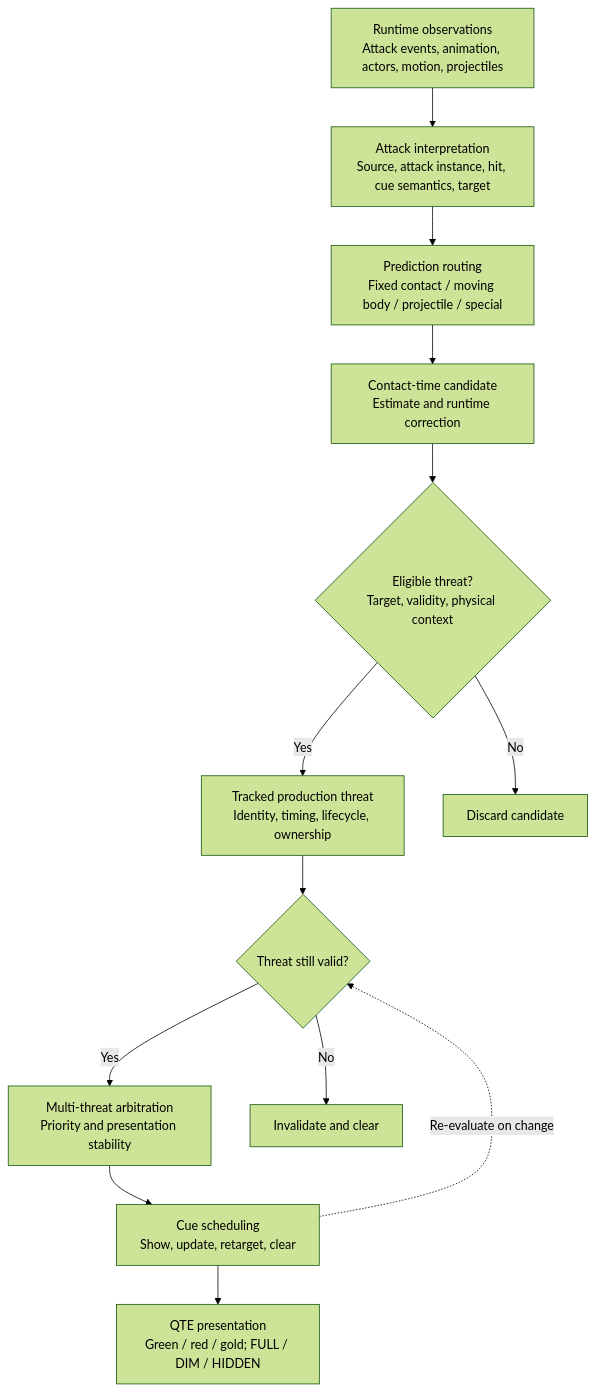
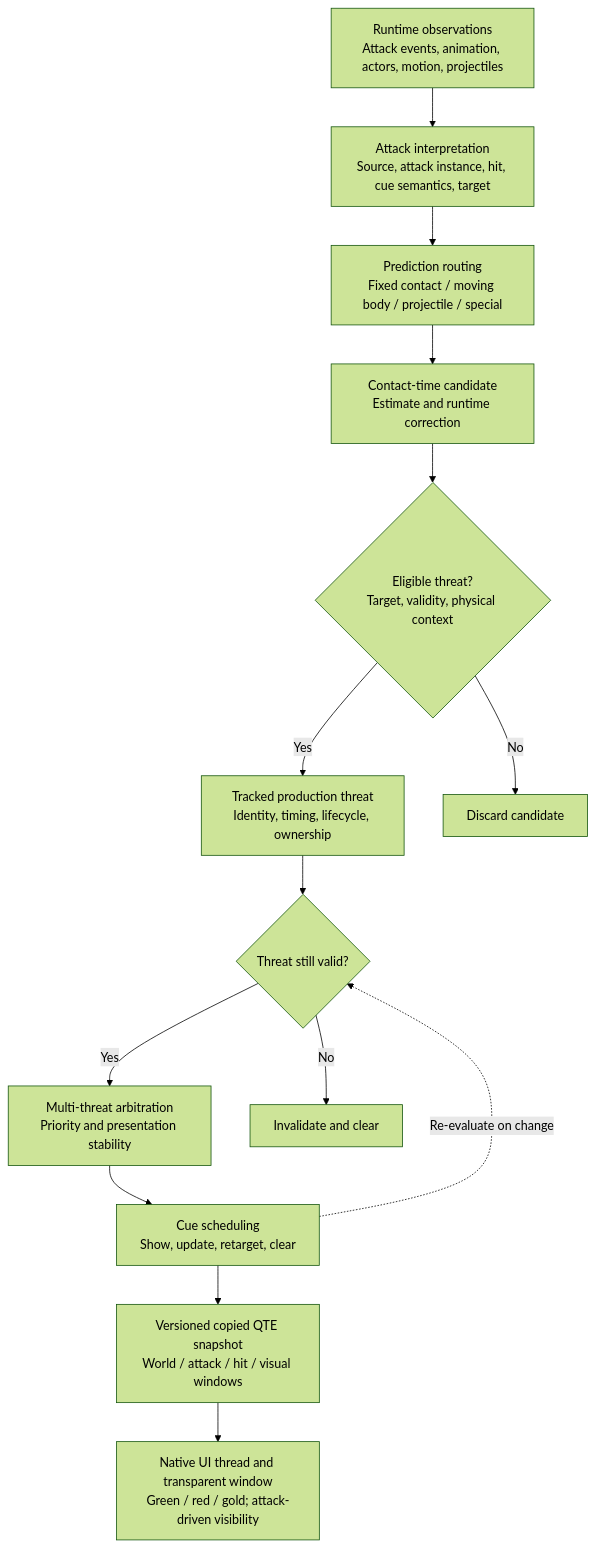
Before and after one commit to Dio23366/PerfectBlockTrainer-Releases: the first of 6 diagrams in docs/TECHNICAL_DESIGN.md, drawn with Mermaid (forest theme). The commit also changed other lines of this file and 4 other files, not shown here.

First line of the commit message:
docs: present V7.0.8 native QTE architecture and refresh demo metrics

````diff
--- a/docs/TECHNICAL_DESIGN.md
+++ b/docs/TECHNICAL_DESIGN.md
@@ -49,21 +50,22 @@
 ```mermaid
 flowchart TD
     A["Runtime observations<br/>Attack events, animation, actors, motion, projectiles"]
     B["Attack interpretation<br/>Source, attack instance, hit, cue semantics, target"]
     C["Prediction routing<br/>Fixed contact / moving body / projectile / special"]
     D["Contact-time candidate<br/>Estimate and runtime correction"]
     E{"Eligible threat?<br/>Target, validity, physical context"}
     F["Tracked production threat<br/>Identity, timing, lifecycle, ownership"]
     G{"Threat still valid?"}
     H["Multi-threat arbitration<br/>Priority and presentation stability"]
     I["Cue scheduling<br/>Show, update, retarget, clear"]
-    J["QTE presentation<br/>Green / red / gold; FULL / DIM / HIDDEN"]
+    S["Versioned copied QTE snapshot<br/>World / attack / hit / visual windows"]
+    J["Native UI thread and transparent window<br/>Green / red / gold; attack-driven visibility"]
     X["Discard candidate"]
     Y["Invalidate and clear"]
     A --> B --> C --> D --> E
     E -- No --> X
     E -- Yes --> F --> G
     G -- No --> Y
-    G -- Yes --> H --> I --> J
+    G -- Yes --> H --> I --> S --> J
     I -. "Re-evaluate on change" .-> G
 ```
````
